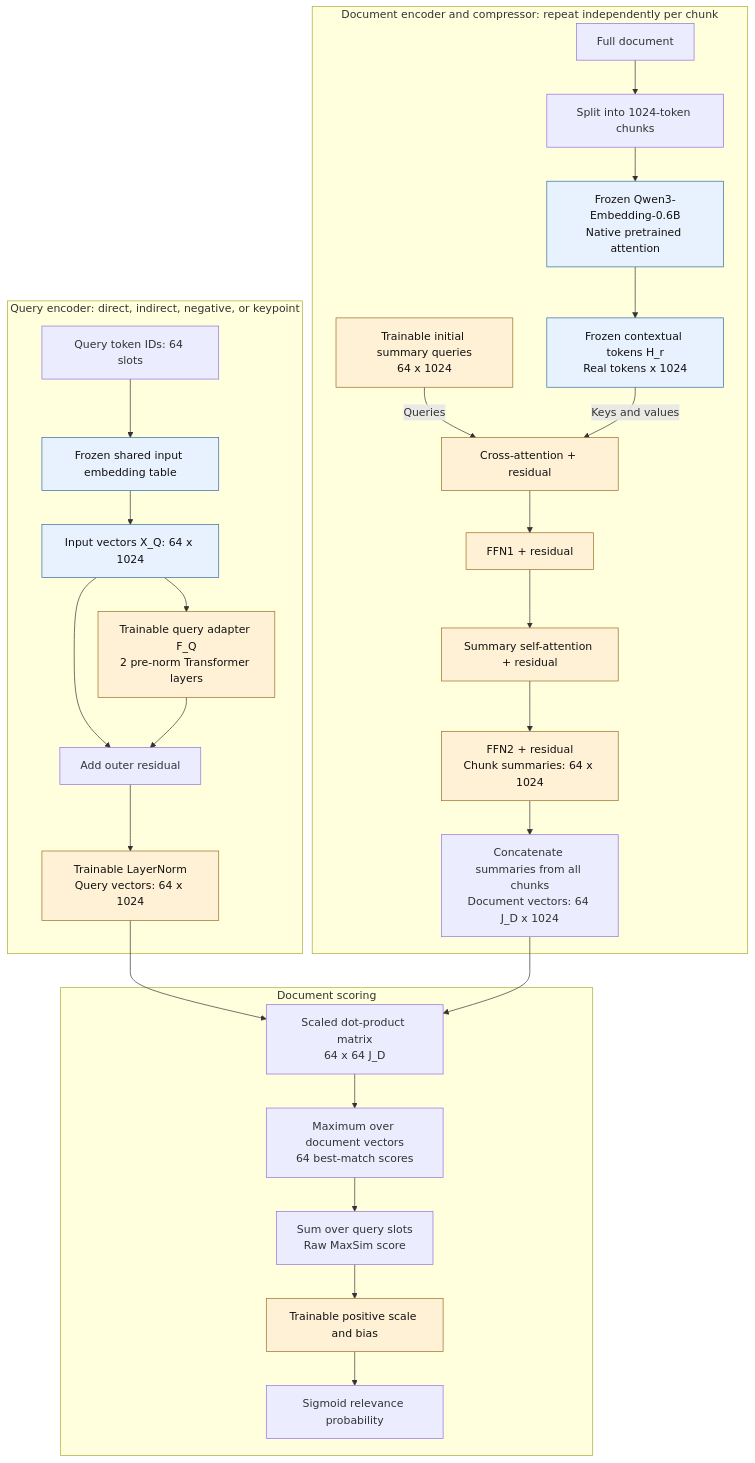
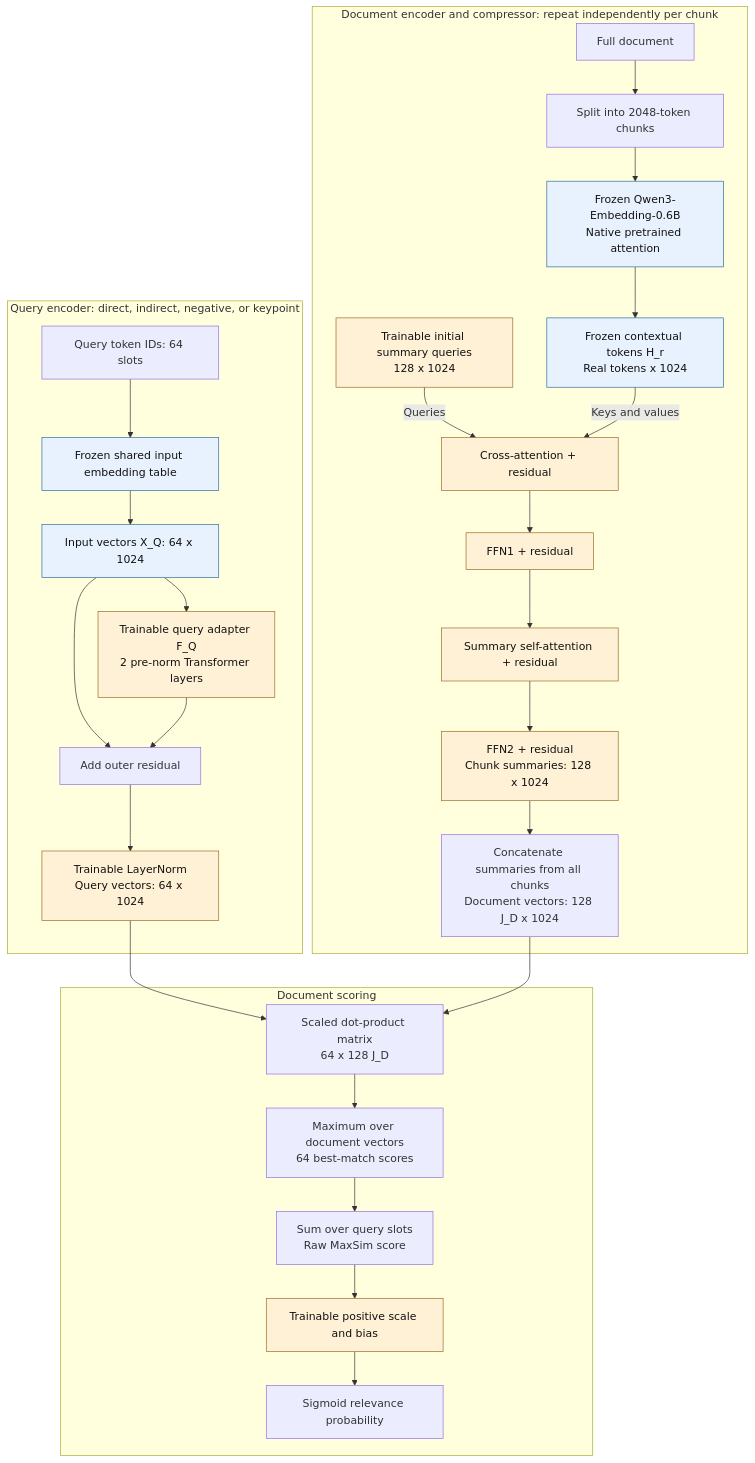
One commit to NgOchOcc/reranking changed the diagram in docs/compression.md. Above: the diagram before and after it, drawn with Mermaid. The commit also changed other lines of this file and 3 other files, not shown here.

````diff
--- a/docs/compression.md
+++ b/docs/compression.md
@@ -64,37 +64,37 @@
 ```mermaid
 flowchart TB
     subgraph QUERY["Query encoder: direct, indirect, negative, or keypoint"]
         QID["Query token IDs: 64 slots"] --> EMB["Frozen shared input embedding table"]
         EMB --> XQ["Input vectors X_Q: 64 x 1024"]
         XQ --> FQ["Trainable query adapter F_Q<br/>2 pre-norm Transformer layers"]
         XQ --> ADD["Add outer residual"]
         FQ --> ADD
         ADD --> QLN["Trainable LayerNorm<br/>Query vectors: 64 x 1024"]
     end
 
     subgraph DOC["Document encoder and compressor: repeat independently per chunk"]
-        D["Full document"] --> CH["Split into 1024-token chunks"]
+        D["Full document"] --> CH["Split into 2048-token chunks"]
         CH --> ENC["Frozen Qwen3-Embedding-0.6B<br/>Native pretrained attention"]
         ENC --> H["Frozen contextual tokens H_r<br/>Real tokens x 1024"]
-        Z["Trainable initial summary queries<br/>64 x 1024"] -->|Queries| CA["Cross-attention + residual"]
+        Z["Trainable initial summary queries<br/>128 x 1024"] -->|Queries| CA["Cross-attention + residual"]
         H -->|Keys and values| CA
         CA --> FF1["FFN1 + residual"]
         FF1 --> SA["Summary self-attention + residual"]
-        SA --> FF2["FFN2 + residual<br/>Chunk summaries: 64 x 1024"]
-        FF2 --> CAT["Concatenate summaries from all chunks<br/>Document vectors: 64 J_D x 1024"]
+        SA --> FF2["FFN2 + residual<br/>Chunk summaries: 128 x 1024"]
+        FF2 --> CAT["Concatenate summaries from all chunks<br/>Document vectors: 128 J_D x 1024"]
     end
 
     subgraph SCORE["Document scoring"]
-        DOT["Scaled dot-product matrix<br/>64 x 64 J_D"] --> MAX["Maximum over document vectors<br/>64 best-match scores"]
+        DOT["Scaled dot-product matrix<br/>64 x 128 J_D"] --> MAX["Maximum over document vectors<br/>64 best-match scores"]
         MAX --> SUM["Sum over query slots<br/>Raw MaxSim score"]
         SUM --> CAL["Trainable positive scale and bias"]
         CAL --> P["Sigmoid relevance probability"]
     end
 
     QLN --> DOT
     CAT --> DOT
     classDef frozen fill:#e8f2ff,stroke:#34699a,color:#111;
     classDef trainable fill:#fff1d6,stroke:#9a6b22,color:#111;
     class EMB,XQ,ENC,H frozen;
     class FQ,QLN,Z,CA,FF1,SA,FF2,CAL trainable;
 ```
````
